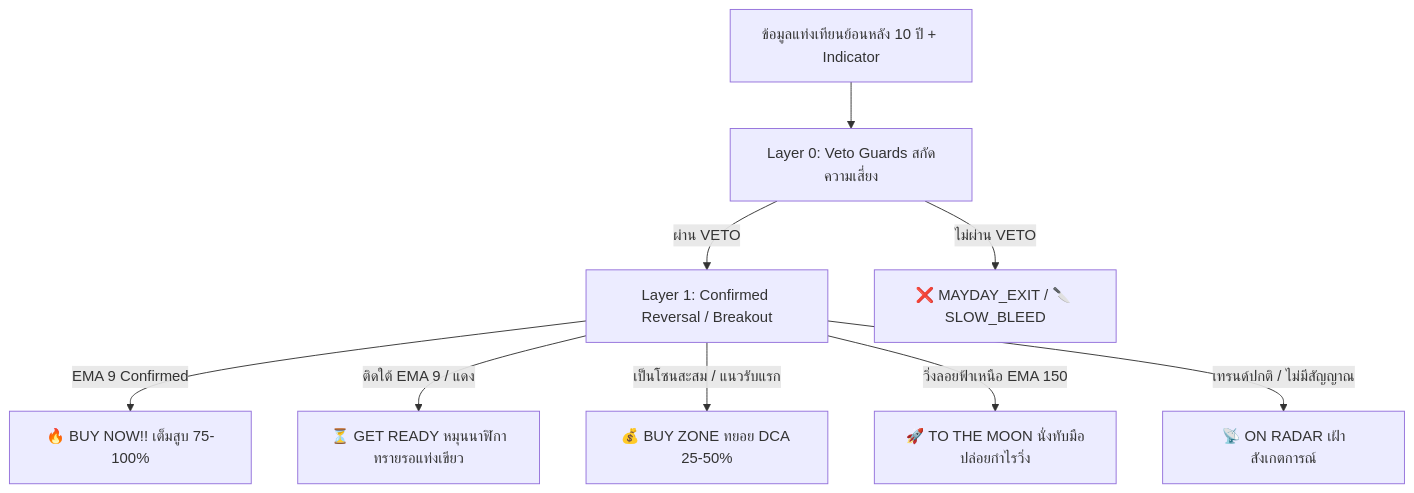
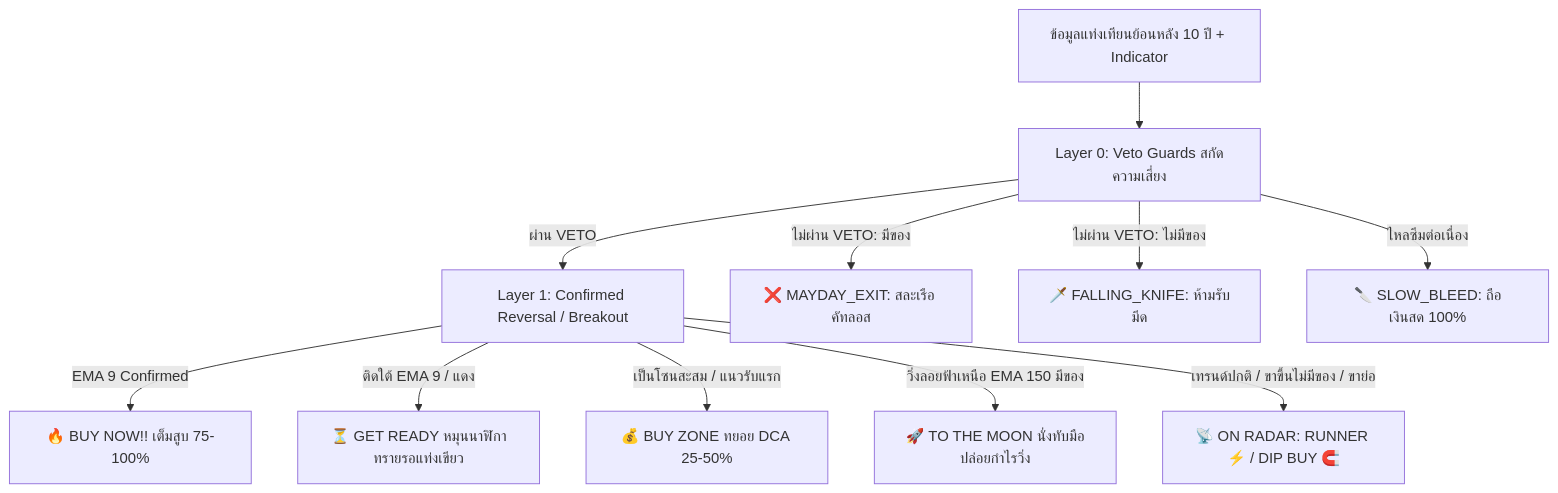
The diagram in My Stock Portfolio/docs/SIGNAL_MATRIX_GUIDE.md (TheDarkXX/MyProjects), drawn with Mermaid before and after one commit. The commit also changed other lines of this file and 18 other files, not shown here.

Commit message:
[AG] Auto-Save & Deploy V2.38.0: 7-Tier Cyber Action Matrix, RUNNER vs DIP BUY, Dual MAYDAY/FALLING KNIFE & Mayday Abyss Recalibration

````diff
--- a/My Stock Portfolio/docs/SIGNAL_MATRIX_GUIDE.md
+++ b/My Stock Portfolio/docs/SIGNAL_MATRIX_GUIDE.md
@@ -19,13 +19,15 @@
 ```mermaid
 graph TD
     PriceData[ข้อมูลแท่งเทียนย้อนหลัง 10 ปี + Indicator] --> L0[Layer 0: Veto Guards สกัดความเสี่ยง]
     L0 -->|ผ่าน VETO| L1[Layer 1: Confirmed Reversal / Breakout]
-    L0 -->|ไม่ผ่าน VETO| Mayday[❌ MAYDAY_EXIT / 🔪 SLOW_BLEED]
+    L0 -->|ไม่ผ่าน VETO: มีของ| Mayday[❌ MAYDAY_EXIT: สละเรือ คัทลอส]
+    L0 -->|ไม่ผ่าน VETO: ไม่มีของ| Knife[🗡️ FALLING_KNIFE: ห้ามรับมีด]
+    L0 -->|ไหลซึมต่อเนื่อง| Bleed[🔪 SLOW_BLEED: ถือเงินสด 100%]
     
     L1 -->|EMA 9 Confirmed| BuyNow[🔥 BUY NOW!! เต็มสูบ 75-100%]
     L1 -->|ติดใต้ EMA 9 / แดง| Ready[⏳ GET READY หมุนนาฬิกาทรายรอแท่งเขียว]
     
     L1 -->|เป็นโซนสะสม / แนวรับแรก| BuyZone[💰 BUY ZONE ทยอย DCA 25-50%]
-    L1 -->|วิ่งลอยฟ้าเหนือ EMA 150| Moon[🚀 TO THE MOON นั่งทับมือปล่อยกำไรวิ่ง]
-    L1 -->|เทรนด์ปกติ / ไม่มีสัญญาณ| Radar[📡 ON RADAR เฝ้าสังเกตการณ์]
+    L1 -->|วิ่งลอยฟ้าเหนือ EMA 150 มีของ| Moon[🚀 TO THE MOON นั่งทับมือปล่อยกำไรวิ่ง]
+    L1 -->|เทรนด์ปกติ / ขาขึ้นไม่มีของ / ขาย่อ| Radar[📡 ON RADAR: RUNNER ⚡ / DIP BUY 🧲]
 ```
````
